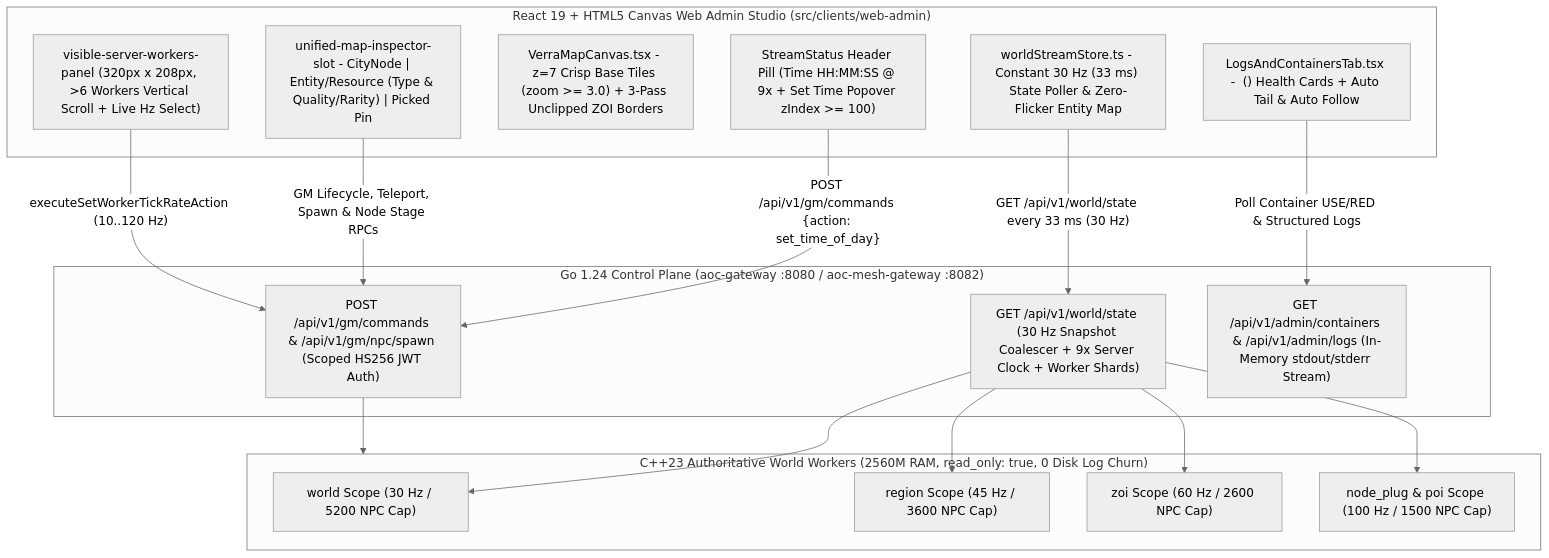
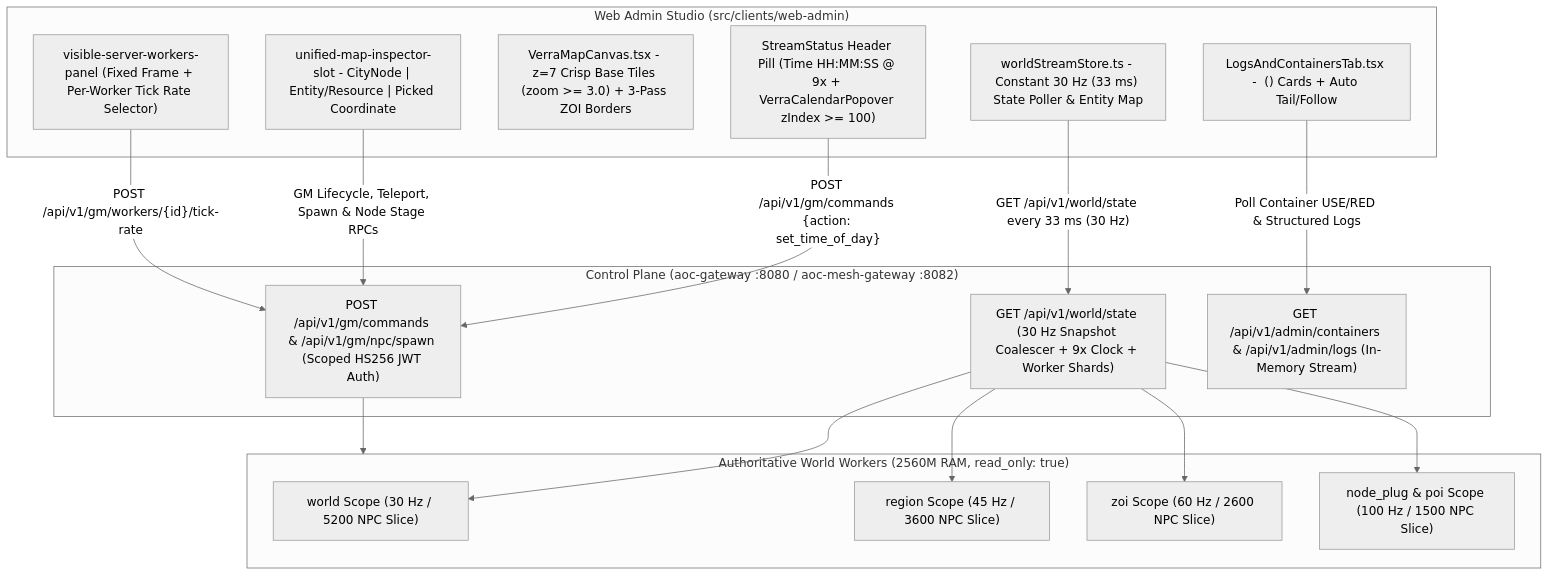
One commit to debuggin/SandalCore changed the diagram in docs/WEB_ADMIN_ARCHITECTURE.md. Above: the diagram before and after it, drawn with Mermaid (neutral theme). The commit also changed other lines of this file and 222 other files, not shown here.

First line of the commit message:
feat(web-admin): refine map POI labels, calendar, logs, and world state

````diff
--- a/docs/WEB_ADMIN_ARCHITECTURE.md
+++ b/docs/WEB_ADMIN_ARCHITECTURE.md
@@ -12,35 +11,35 @@
 ```mermaid
 flowchart TB
-    subgraph BrowserSPA["React 19 + HTML5 Canvas Web Admin Studio (src/clients/web-admin)"]
-        Store["worldStreamStore.ts - Constant 30 Hz (33 ms) State Poller & Zero-Flicker Entity Map"]
-        TimePill["StreamStatus Header Pill (Time HH:MM:SS @ 9x + Set Time Popover zIndex >= 100)"]
-        Canvas["VerraMapCanvas.tsx - z=7 Crisp Base Tiles (zoom >= 3.0) + 3-Pass Unclipped ZOI Borders"]
-        Inspector["unified-map-inspector-slot - CityNode | Entity/Resource (Type & Quality/Rarity) | Picked Pin"]
-        WorkersDock["visible-server-workers-panel (320px x 208px, >6 Workers Vertical Scroll + Live Hz Select)"]
-        LogsTab["LogsAndContainersTab.tsx - <Service Name> (<Protocol>) Health Cards + Auto Tail & Auto Follow"]
+    subgraph BrowserSPA["Web Admin Studio (src/clients/web-admin)"]
+        Store["worldStreamStore.ts - Constant 30 Hz (33 ms) State Poller & Entity Map"]
+        TimePill["StreamStatus Header Pill (Time HH:MM:SS @ 9x + VerraCalendarPopover zIndex >= 100)"]
+        Canvas["VerraMapCanvas.tsx - z=7 Crisp Base Tiles (zoom >= 3.0) + 3-Pass ZOI Borders"]
+        Inspector["unified-map-inspector-slot - CityNode | Entity/Resource | Picked Coordinate"]
+        WorkersDock["visible-server-workers-panel (Fixed Frame + Per-Worker Tick Rate Selector)"]
+        LogsTab["LogsAndContainersTab.tsx - <Service Name> (<Protocol>) Cards + Auto Tail/Follow"]
     end
 
-    subgraph EdgeControlPlane["Go 1.24 Control Plane (aoc-gateway :8080 / aoc-mesh-gateway :8082)"]
-        WorldStateAPI["GET /api/v1/world/state (30 Hz Snapshot Coalescer + 9x Server Clock + Worker Shards)"]
+    subgraph EdgeControlPlane["Control Plane (aoc-gateway :8080 / aoc-mesh-gateway :8082)"]
+        WorldStateAPI["GET /api/v1/world/state (30 Hz Snapshot Coalescer + 9x Clock + Worker Shards)"]
         GmCommandsAPI["POST /api/v1/gm/commands & /api/v1/gm/npc/spawn (Scoped HS256 JWT Auth)"]
-        DockerLogsAPI["GET /api/v1/admin/containers & /api/v1/admin/logs (In-Memory stdout/stderr Stream)"]
+        DockerLogsAPI["GET /api/v1/admin/containers & /api/v1/admin/logs (In-Memory Stream)"]
     end
 
-    subgraph AuthoritativeWorkers["C++23 Authoritative World Workers (2560M RAM, read_only: true, 0 Disk Log Churn)"]
-        WorldScope["world Scope (30 Hz / 5200 NPC Cap)"]
-        RegionScope["region Scope (45 Hz / 3600 NPC Cap)"]
-        ZoiScope["zoi Scope (60 Hz / 2600 NPC Cap)"]
-        CutoutScope["node_plug & poi Scope (100 Hz / 1500 NPC Cap)"]
+    subgraph AuthoritativeWorkers["Authoritative World Workers (2560M RAM, read_only: true)"]
+        WorldScope["world Scope (30 Hz / 5200 NPC Slice)"]
+        RegionScope["region Scope (45 Hz / 3600 NPC Slice)"]
+        ZoiScope["zoi Scope (60 Hz / 2600 NPC Slice)"]
+        CutoutScope["node_plug & poi Scope (100 Hz / 1500 NPC Slice)"]
     end
 
     Store -->|"GET /api/v1/world/state every 33 ms (30 Hz)"| WorldStateAPI
     TimePill -->|"POST /api/v1/gm/commands {action: set_time_of_day}"| GmCommandsAPI
     Inspector -->|"GM Lifecycle, Teleport, Spawn & Node Stage RPCs"| GmCommandsAPI
-    WorkersDock -->|"executeSetWorkerTickRateAction (10..120 Hz)"| GmCommandsAPI
+    WorkersDock -->|"POST /api/v1/gm/workers/{id}/tick-rate"| GmCommandsAPI
     LogsTab -->|"Poll Container USE/RED & Structured Logs"| DockerLogsAPI
     WorldStateAPI --> WorldScope
     WorldStateAPI --> RegionScope
     WorldStateAPI --> ZoiScope
     WorldStateAPI --> CutoutScope
     GmCommandsAPI --> AuthoritativeWorkers
 ```
````
